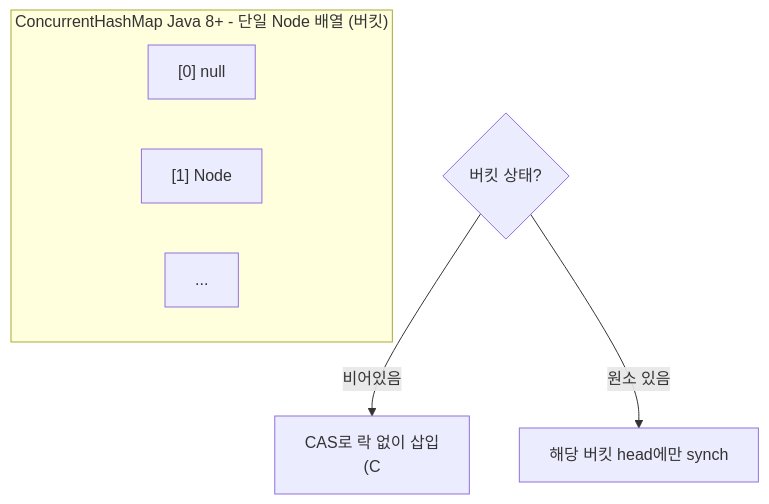
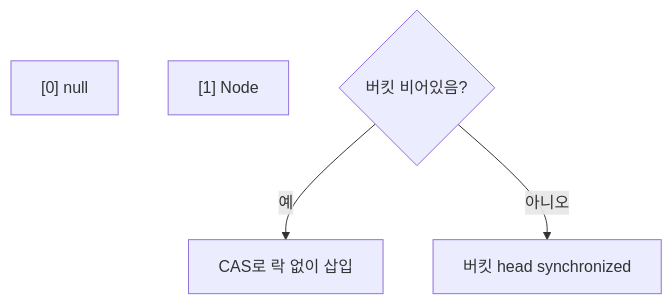
One commit to yjkim2015/yjkim2015.github.io changed diagram 15 of 21 in _posts/java/2026-05-01-java-collections.md. Above: the diagram before and after it, drawn with Mermaid. The commit also changed other lines of this file and 155 other files, not shown here.

First line of the commit message:
Mermaid 전면 수정: subgraph 제거, participant/노드/줄수 축소 (342블록)

````diff
--- a/_posts/java/2026-05-01-java-collections.md
+++ b/_posts/java/2026-05-01-java-collections.md
@@ -624,13 +605,9 @@
 ```mermaid
 graph TD
-    subgraph "ConcurrentHashMap Java 8+ - 단일 Node 배열 (버킷)"
-        B0["[0] null"]
-        B1["[1] Node"]
-        BD["..."]
-    end
-    PUT{"버킷 상태?"}
-    CAS["CAS로 락 없이 삽입<br>(C"]
-    SYNC["해당 버킷 head에만 synch"]
-    PUT -->|"비어있음"| CAS
-    PUT -->|"원소 있음"| SYNC
+    B0["[0] null"] & B1["[1] Node"]
+    PUT{"버킷 비어있음?"}
+    CAS["CAS로 락 없이 삽입"]
+    SYNC["버킷 head synchronized"]
+    PUT -->|"예"| CAS
+    PUT -->|"아니오"| SYNC
 ```
````
